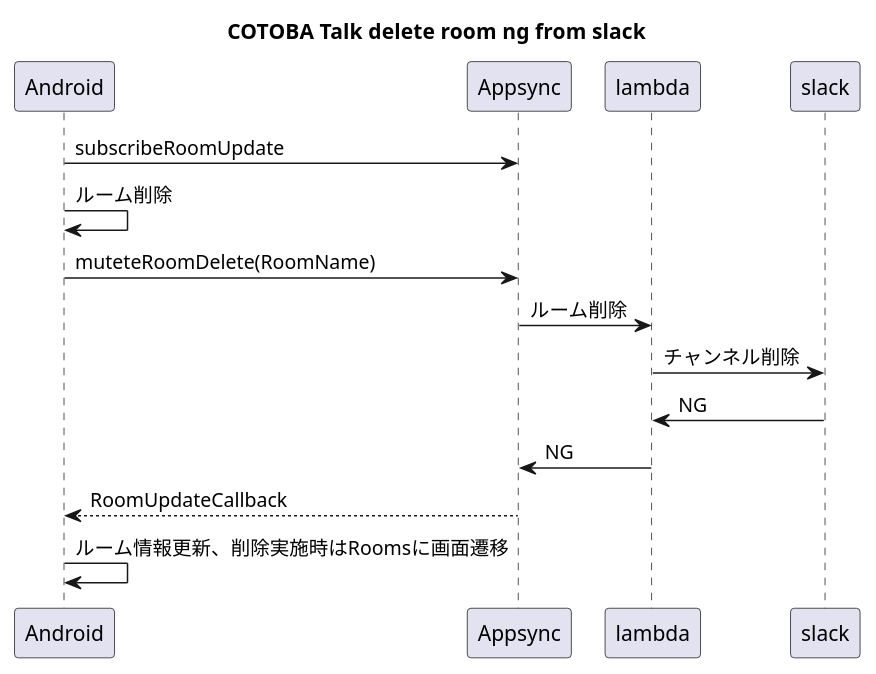
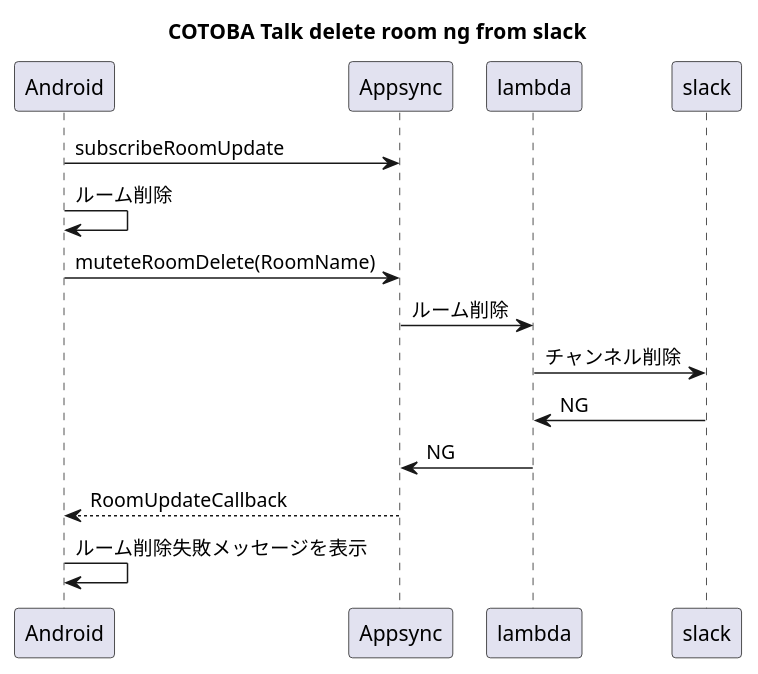
One commit to TsuyoshiGoto/UML changed the diagram in cotoba_talk/sequence/20210513_deleteroom_ng.wsd. Above: the diagram before and after it, drawn with PlantUML. The commit also changed 7 other files, not shown here.

Commit message:
Update sequence dialog.

```diff
--- a/cotoba_talk/sequence/20210513_deleteroom_ng.wsd
+++ b/cotoba_talk/sequence/20210513_deleteroom_ng.wsd
@@ -1,15 +1,15 @@
 @startuml
 
 title COTOBA Talk delete room ng from slack
 
 Android -> Appsync:subscribeRoomUpdate
 Android -> Android:ルーム削除
 Android -> Appsync:muteteRoomDelete(RoomName)
 Appsync -> lambda:ルーム削除
 lambda -> slack:チャンネル削除
 slack -> lambda:NG
 lambda -> Appsync:NG
 Appsync --> Android:RoomUpdateCallback
-Android -> Android:ルーム情報更新、削除実施時はRoomsに画面遷移
+Android -> Android:ルーム削除失敗メッセージを表示
 
 @enduml
```
